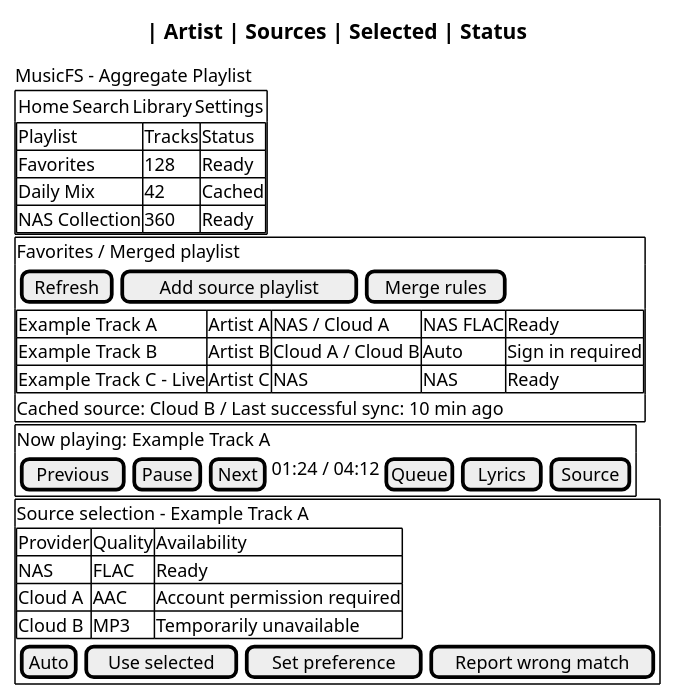
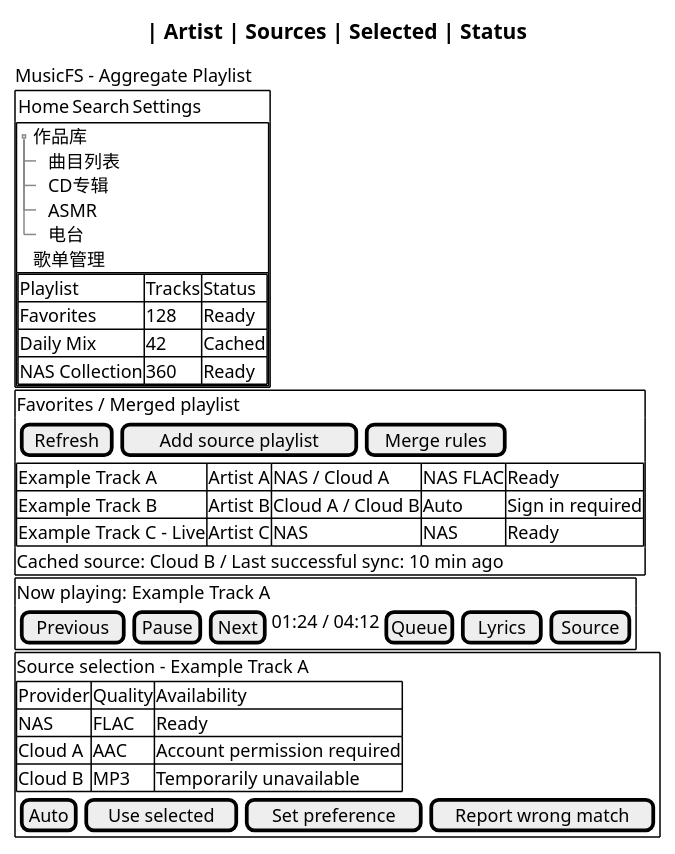
The diagram in docs/prototypes/client.salt.puml (fnMrRice/MusicFS-client), drawn with PlantUML before and after one commit. The commit also changed 2 other files, not shown here.

```diff
--- a/docs/prototypes/client.salt.puml
+++ b/docs/prototypes/client.salt.puml
@@ -1,39 +1,50 @@
 @startsalt
 {
   MusicFS - Aggregate Playlist
   {+
-    { Home | Search | Library | Settings }
+    { Home | Search | Settings }
     {#
-      Playlist | Tracks | Status
-      Favorites | 128 | Ready
-      Daily Mix | 42 | Cached
-      NAS Collection | 360 | Ready
+      {T
+        + 作品库
+        ++ 曲目列表
+        ++ CD专辑
+        ++ ASMR
+        ++ 电台
+        + 歌单管理
+      }
+      |
+      {#
+        Playlist | Tracks | Status
+        Favorites | 128 | Ready
+        Daily Mix | 42 | Cached
+        NAS Collection | 360 | Ready
+      }
     }
   }
   {+
     Favorites / Merged playlist
     { [Refresh] | [Add source playlist] | [Merge rules] }
     {#
       Title | Artist | Sources | Selected | Status
       Example Track A | Artist A | NAS / Cloud A | NAS FLAC | Ready
       Example Track B | Artist B | Cloud A / Cloud B | Auto | Sign in required
       Example Track C - Live | Artist C | NAS | NAS | Ready
     }
     Cached source: Cloud B / Last successful sync: 10 min ago
   }
   {+
     Now playing: Example Track A
     { [Previous] | [Pause] | [Next] | 01:24 / 04:12 | [Queue] | [Lyrics] | [Source] }
   }
   {+
     Source selection - Example Track A
     {#
       Provider | Quality | Availability
       NAS | FLAC | Ready
       Cloud A | AAC | Account permission required
       Cloud B | MP3 | Temporarily unavailable
     }
     { [Auto] | [Use selected] | [Set preference] | [Report wrong match] }
   }
 }
 @endsalt
```
